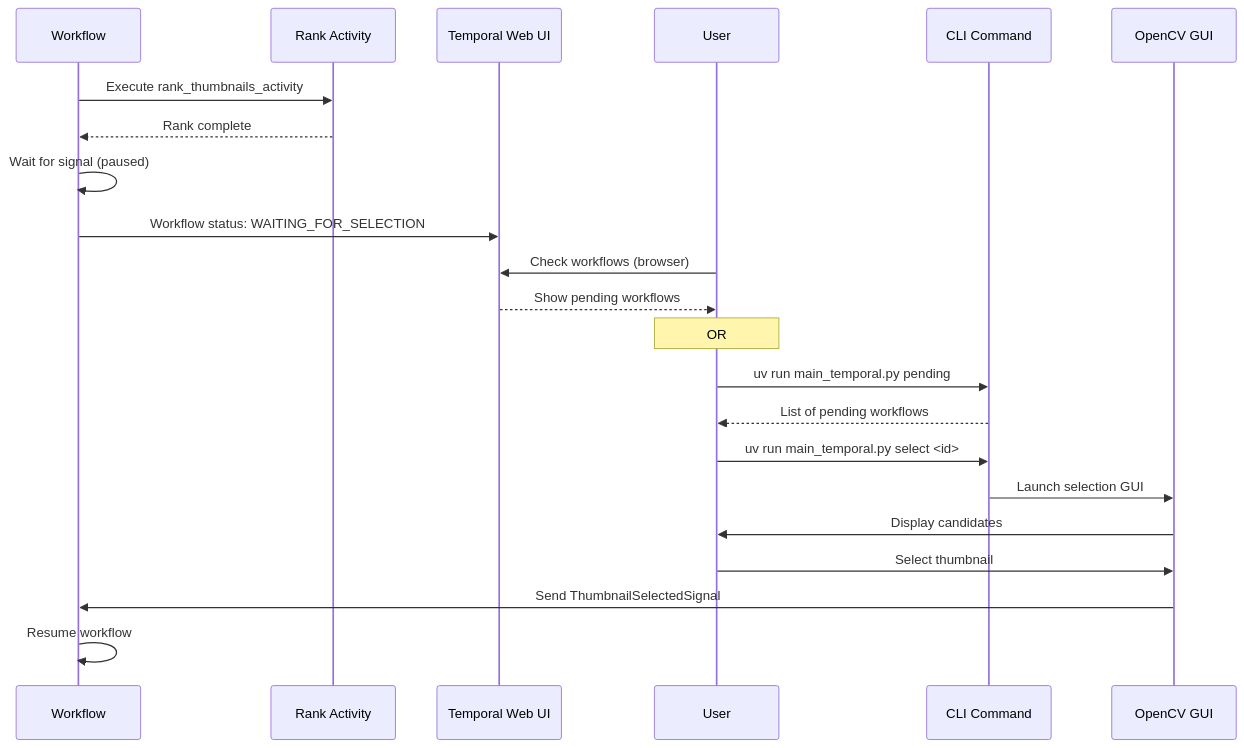
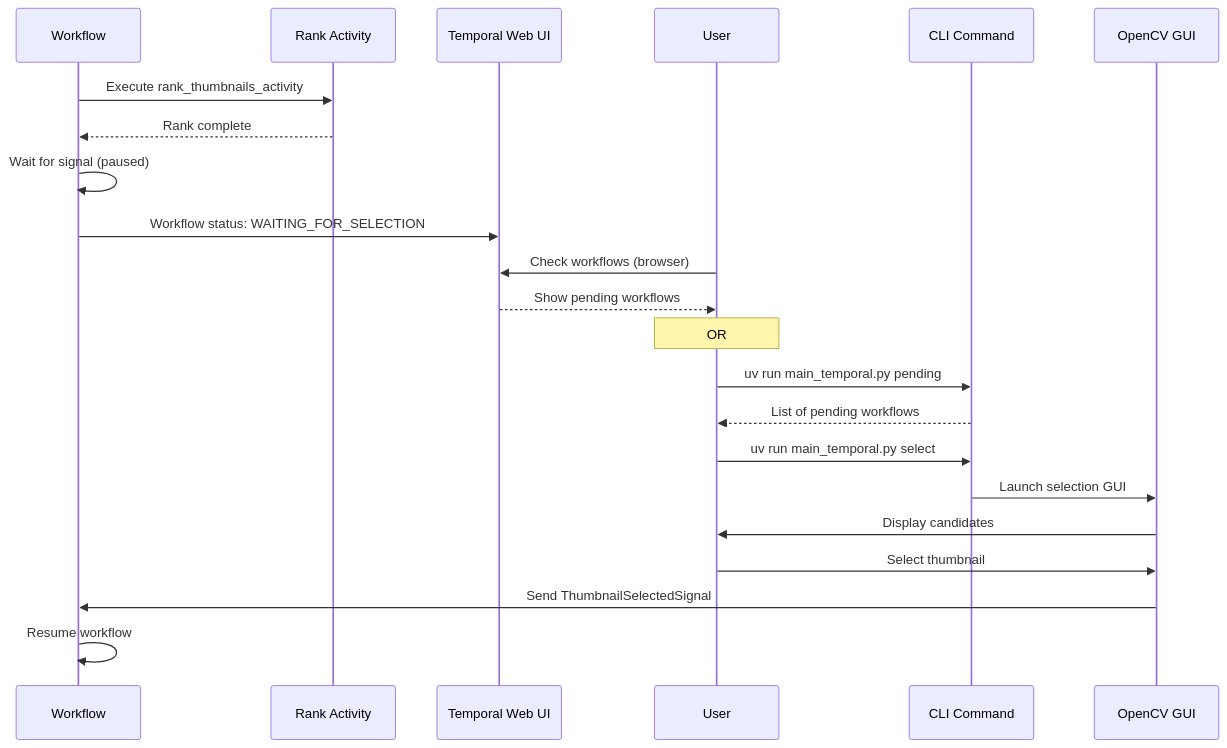
One commit to leo-le-07/cafe-badminton-uploader changed the second of 2 diagrams in .cursor/plans/temporal_workflow_migration_8586b33f.plan.md. Above: the diagram before and after it, drawn with Mermaid. The commit also changed other lines of this file and 4 other files, not shown here.

Commit message:
CLI pending and select commands

````diff
--- a/.cursor/plans/temporal_workflow_migration_8586b33f.plan.md
+++ b/.cursor/plans/temporal_workflow_migration_8586b33f.plan.md
@@ -37,25 +37,25 @@
 ```mermaid
 sequenceDiagram
     participant W as Workflow
     participant R as Rank Activity
     participant UI as Temporal Web UI
     participant U as User
     participant CLI as CLI Command
     participant GUI as OpenCV GUI
     
     W->>R: Execute rank_thumbnails_activity
     R-->>W: Rank complete
     W->>W: Wait for signal (paused)
     W->>UI: Workflow status: WAITING_FOR_SELECTION
     U->>UI: Check workflows (browser)
     UI-->>U: Show pending workflows
     Note over U: OR
     U->>CLI: uv run main_temporal.py pending
     CLI-->>U: List of pending workflows
-    U->>CLI: uv run main_temporal.py select <id>
+    U->>CLI: uv run main_temporal.py select
     CLI->>GUI: Launch selection GUI
     GUI->>U: Display candidates
     U->>GUI: Select thumbnail
     GUI->>W: Send ThumbnailSelectedSignal
     W->>W: Resume workflow
 ```
````
